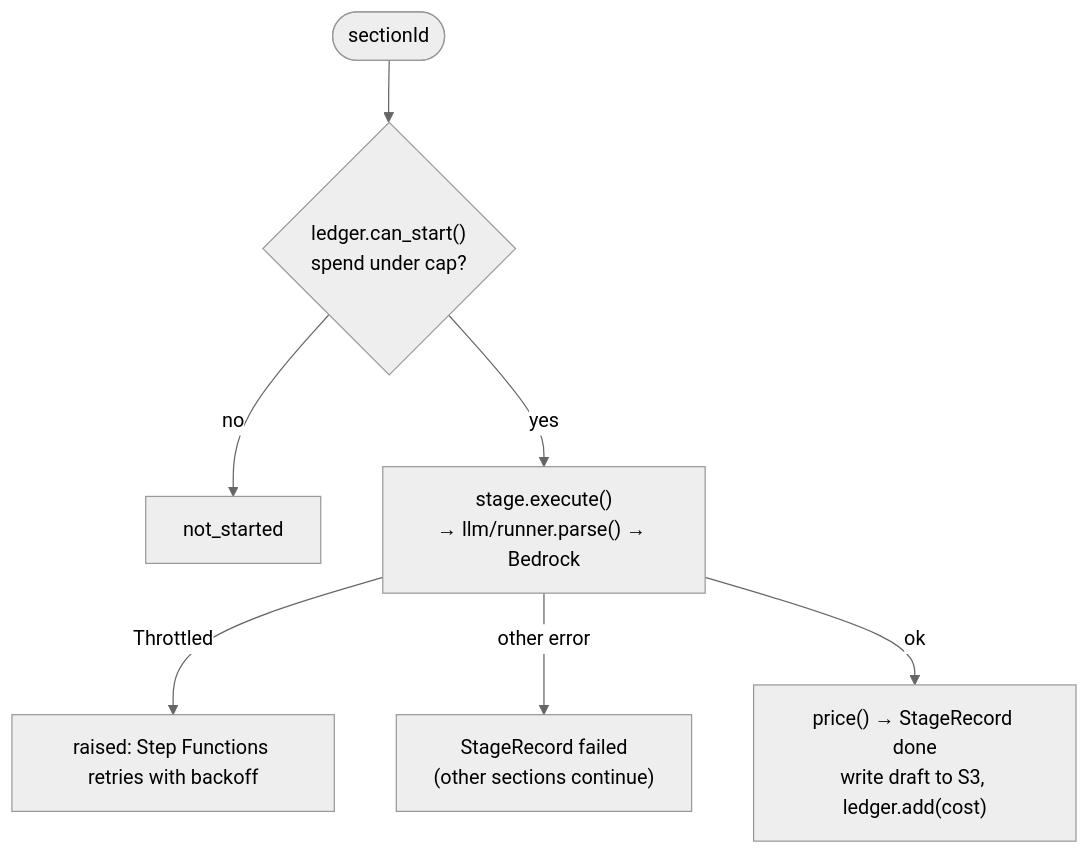
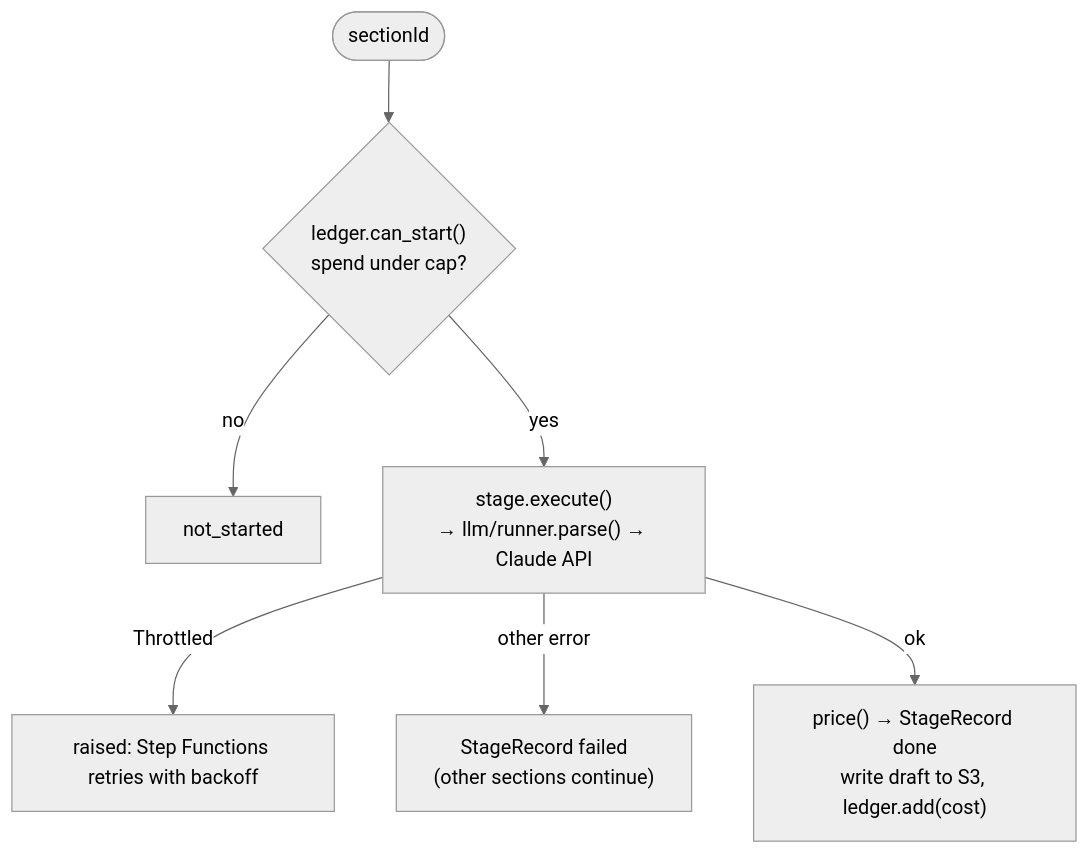
The second of 2 diagrams in pipeline/src/thinkbible_pipeline/README.md (austin-english/thinkBible), drawn with Mermaid (neutral theme) before and after one commit. The commit also changed other lines of this file and 13 other files, not shown here.

````diff
--- a/pipeline/src/thinkbible_pipeline/README.md
+++ b/pipeline/src/thinkbible_pipeline/README.md
@@ -147,9 +196,9 @@
 ```mermaid
 flowchart TD
     IN(["sectionId"]) --> CAP{"ledger.can_start()<br/>spend under cap?"}
     CAP -- no --> NS["not_started"]
-    CAP -- yes --> EXEC["stage.execute()<br/>→ llm/runner.parse() → Bedrock"]
+    CAP -- yes --> EXEC["stage.execute()<br/>→ llm/runner.parse() → Claude API"]
     EXEC -- "Throttled" --> RETRY["raised: Step Functions retries with backoff"]
     EXEC -- "other error" --> FAIL["StageRecord failed<br/>(other sections continue)"]
     EXEC -- ok --> SAVE["price() → StageRecord done<br/>write draft to S3, ledger.add(cost)"]
 ```
````
